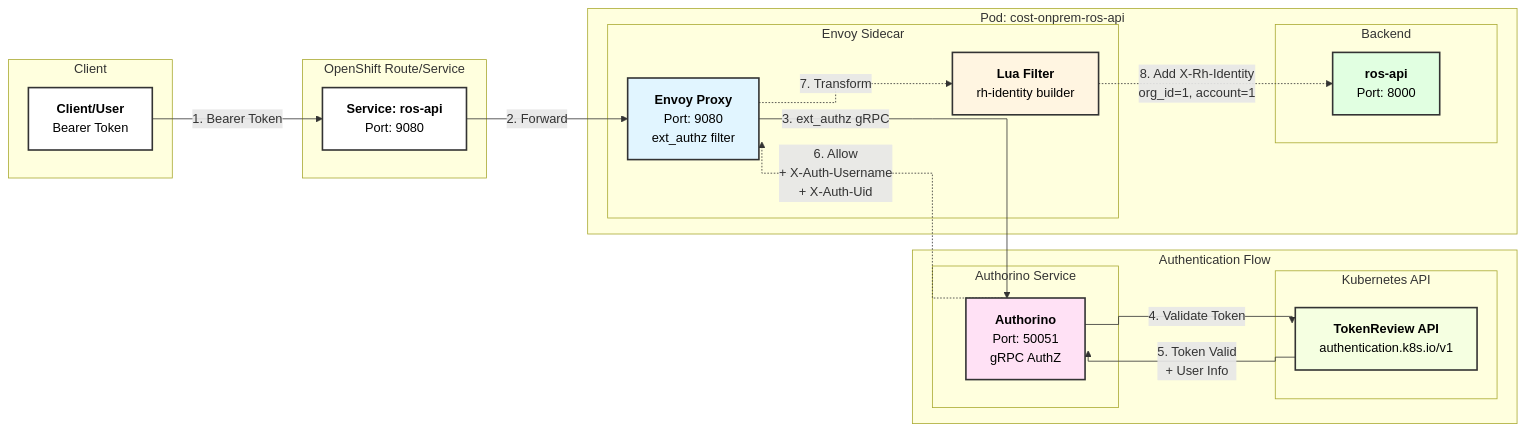
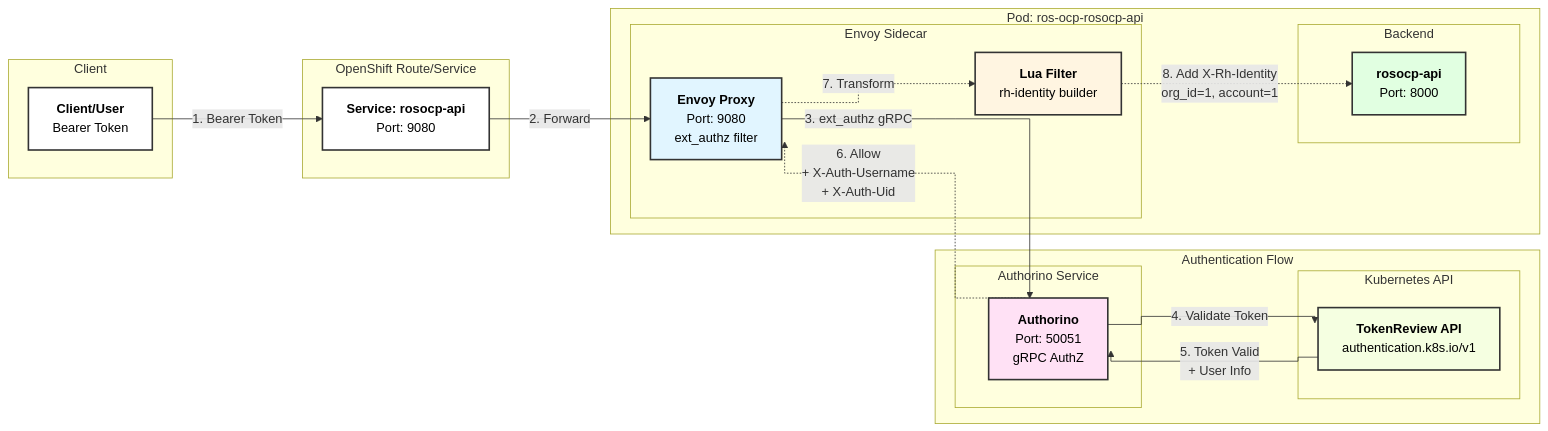
Before and after one commit to jordigilh/ros-helm-chart: the first of 2 diagrams in docs/oauth2-tokenreview-authentication.md, drawn with Mermaid. The commit also changed other lines of this file and 332 other files, not shown here.

````diff
--- a/docs/oauth2-tokenreview-authentication.md
+++ b/docs/oauth2-tokenreview-authentication.md
@@ -33,51 +33,51 @@
 ```mermaid
 %%{init: {'flowchart': {'curve': 'stepAfter'}}}%%
 flowchart LR
     subgraph Client["Client"]
         C["<b>Client/User</b><br/>Bearer Token"]
     end
 
     subgraph Route["OpenShift Route/Service"]
-        R["<b>Service: ros-api</b><br/>Port: 9080"]
+        R["<b>Service: rosocp-api</b><br/>Port: 9080"]
     end
 
-    subgraph Pod["Pod: cost-onprem-ros-api"]
+    subgraph Pod["Pod: ros-ocp-rosocp-api"]
         subgraph EnvoySidecar["Envoy Sidecar"]
             E["<b>Envoy Proxy</b><br/>Port: 9080<br/>ext_authz filter"]
             L["<b>Lua Filter</b><br/>rh-identity builder"]
         end
 
         subgraph Backend["Backend"]
-            B["<b>ros-api</b><br/>Port: 8000"]
+            B["<b>rosocp-api</b><br/>Port: 8000"]
         end
 
         E -.->|7. Transform| L
         L -.->|8. Add X-Rh-Identity<br/>org_id=1, account=1| B
     end
 
     subgraph AuthFlow["Authentication Flow"]
         subgraph AuthorinoSvc["Authorino Service"]
             A["<b>Authorino</b><br/>Port: 50051<br/>gRPC AuthZ"]
         end
 
         subgraph K8sAPI["Kubernetes API"]
             K["<b>TokenReview API</b><br/>authentication.k8s.io/v1"]
         end
 
         A -->|4. Validate Token| K
         K -->|5. Token Valid<br/>+ User Info| A
     end
 
     C -->|1. Bearer Token| R
     R -->|2. Forward| E
     E -->|3. ext_authz gRPC| A
     A -.->|6. Allow<br/>+ X-Auth-Username<br/>+ X-Auth-Uid| E
 
     style E fill:#e1f5ff,stroke:#333,stroke-width:2px,color:#000
     style A fill:#ffe1f5,stroke:#333,stroke-width:2px,color:#000
     style K fill:#f5ffe1,stroke:#333,stroke-width:2px,color:#000
     style L fill:#fff5e1,stroke:#333,stroke-width:2px,color:#000
     style B fill:#e1ffe1,stroke:#333,stroke-width:2px,color:#000
     style C fill:#fff,stroke:#333,stroke-width:2px,color:#000
     style R fill:#fff,stroke:#333,stroke-width:2px,color:#000
 ```
````
